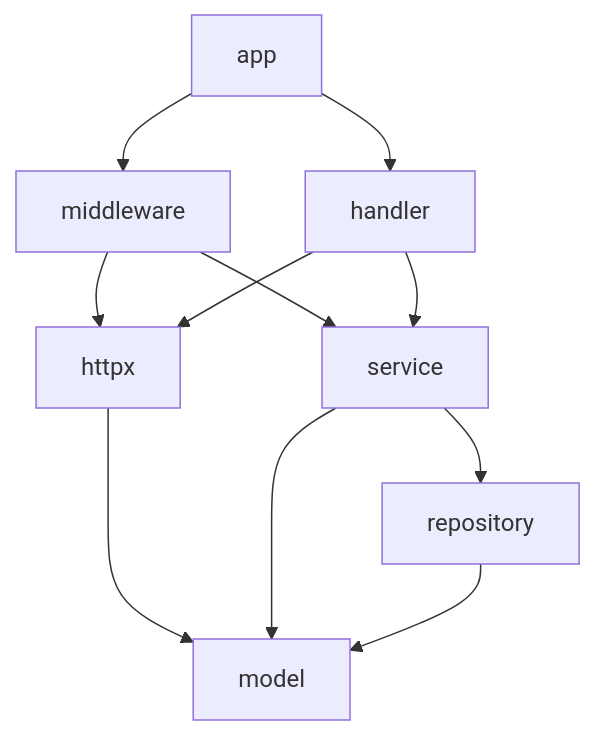
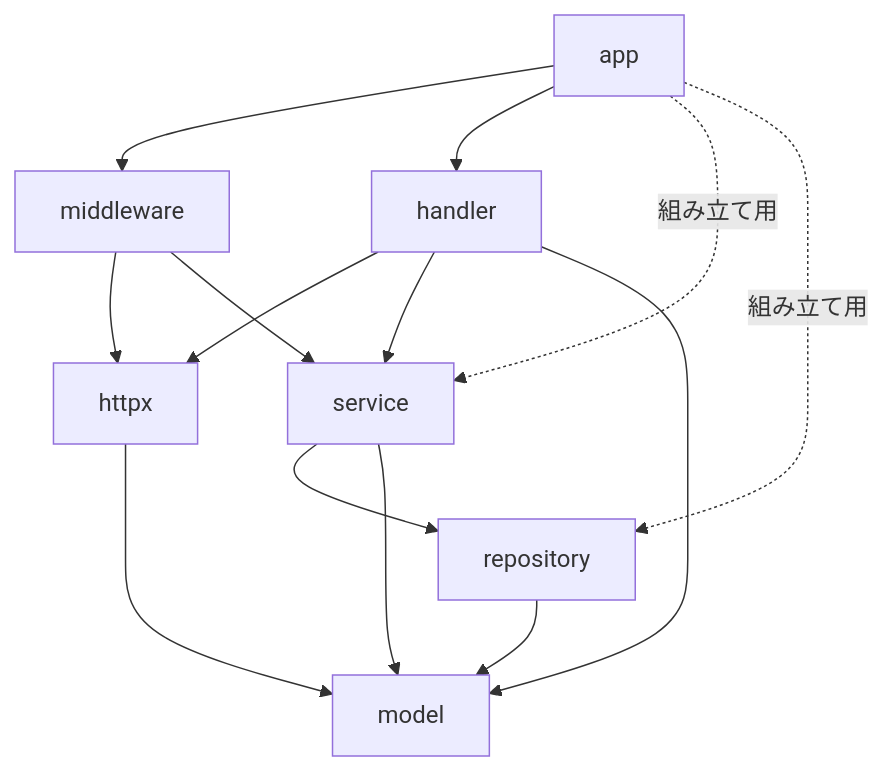
Before and after one commit to KenzoKasahara/go_kanban_webapp_hands_on: the first of 5 diagrams in docs/chapter/chapter05_repository.md, drawn with Mermaid. The commit also changed other lines of this file and 219 other files, not shown here.

````diff
--- a/docs/chapter/chapter05_repository.md
+++ b/docs/chapter/chapter05_repository.md
@@ -82,13 +134,16 @@
 ```mermaid
 flowchart TD
     APP[app] --> MW[middleware]
     APP --> H[handler]
+    APP -.->|組み立て用| SVC
+    APP -.->|組み立て用| REPO
     MW --> HX[httpx]
     H --> HX
     MW --> SVC[service]
     H --> SVC
+    H --> M
     HX --> M[model]
     SVC --> REPO[repository]
     SVC --> M
     REPO --> M
 ```
````
